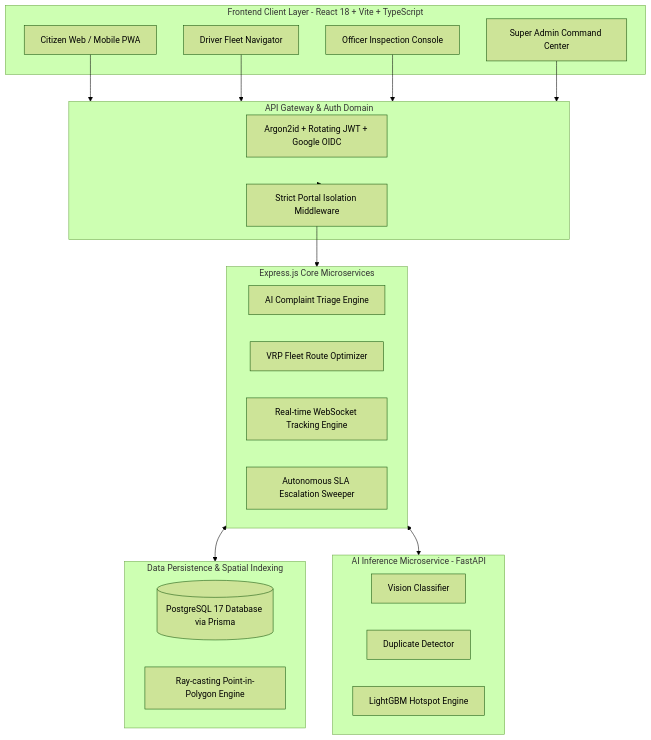
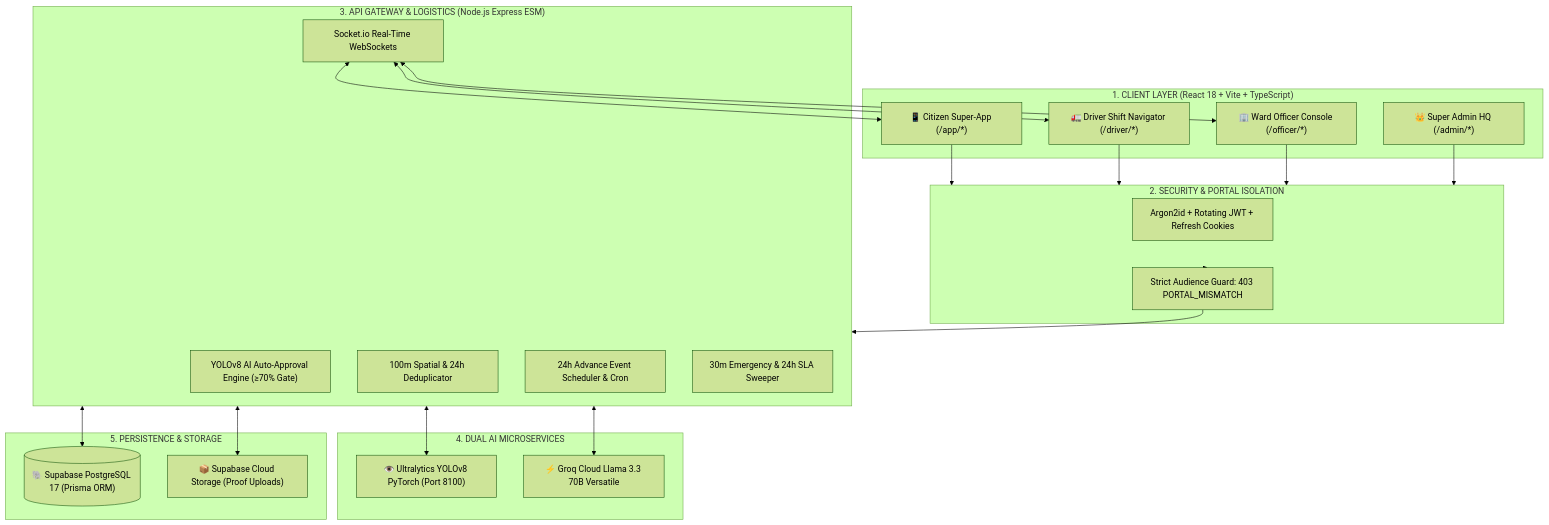
Before and after one commit to Parthh1002/SafaaiSarathi2.0: the diagram in README.md, drawn with Mermaid (forest theme). The commit also changed other lines of this file and 1 other file, not shown here.

Commit message:
docs: overhaul root and Waste Management READMEs with judge-focused architecture, 10x differentiation matrix, and pre-emptive FAQs

````diff
--- a/README.md
+++ b/README.md
@@ -158,37 +116,40 @@
 ```mermaid
 flowchart TB
-    subgraph Client Layer [Frontend Client Layer - React 18 + Vite + TypeScript]
-        CP[Citizen Web / Mobile PWA]
-        DP[Driver Fleet Navigator]
-        OP[Officer Inspection Console]
-        AP[Super Admin Command Center]
+    subgraph ClientLayer ["1. CLIENT LAYER (React 18 + Vite + TypeScript)"]
+        CP["📱 Citizen Super-App (/app/*)"]
+        DP["🚛 Driver Shift Navigator (/driver/*)"]
+        OP["🏢 Ward Officer Console (/officer/*)"]
+        AP["👑 Super Admin HQ (/admin/*)"]
     end
 
-    subgraph Gateway [API Gateway & Auth Domain]
-        AUTH[Argon2id + Rotating JWT + Google OIDC]
-        ISO[Strict Portal Isolation Middleware]
+    subgraph SecurityGate ["2. SECURITY & PORTAL ISOLATION"]
+        AUTH["Argon2id + Rotating JWT + Refresh Cookies"]
+        GUARD["Strict Audience Guard: 403 PORTAL_MISMATCH"]
     end
 
-    subgraph Core [Express.js Core Microservices]
-        TRIAGE[AI Complaint Triage Engine]
-        ROUTE[VRP Fleet Route Optimizer]
-        GPS[Real-time WebSocket Tracking Engine]
-        ESCALATE[Autonomous SLA Escalation Sweeper]
+    subgraph BackendCore ["3. API GATEWAY & LOGISTICS (Node.js Express ESM)"]
+        TRIAGE["YOLOv8 AI Auto-Approval Engine (≥70% Gate)"]
+        DEDUP["100m Spatial & 24h Deduplicator"]
+        SCHED["24h Advance Event Scheduler & Cron"]
+        ESCAL["30m Emergency & 24h SLA Sweeper"]
+        SOCKET["Socket.io Real-Time WebSockets"]
     end
 
-    subgraph Data [Data Persistence & Spatial Indexing]
-        PG[(PostgreSQL 17 Database via Prisma)]
-        GEO[Ray-casting Point-in-Polygon Engine]
+    subgraph AIEngines ["4. DUAL AI MICROSERVICES"]
+        YOLO["👁️ Ultralytics YOLOv8 PyTorch (Port 8100)"]
+        GROQ["⚡ Groq Cloud Llama 3.3 70B Versatile"]
     end
 
-    subgraph AIService [AI Inference Microservice - FastAPI]
-        CLASS[Vision Classifier]
-        SIM[Duplicate Detector]
-        PRED[LightGBM Hotspot Engine]
+    subgraph DataStorage ["5. PERSISTENCE & STORAGE"]
+        PG[("🐘 Supabase PostgreSQL 17 (Prisma ORM)")]
+        S3["📦 Supabase Cloud Storage (Proof Uploads)"]
     end
 
-    CP & DP & OP & AP --> Gateway
-    Gateway --> ISO --> Core
-    Core <--> Data
-    Core <--> AIService
+    CP & DP & OP & AP --> SecurityGate
+    SecurityGate --> GUARD --> BackendCore
+    BackendCore <--> YOLO
+    BackendCore <--> GROQ
+    BackendCore <--> PG
+    BackendCore <--> S3
+    SOCKET <--> CP & DP & OP
 ```
````
